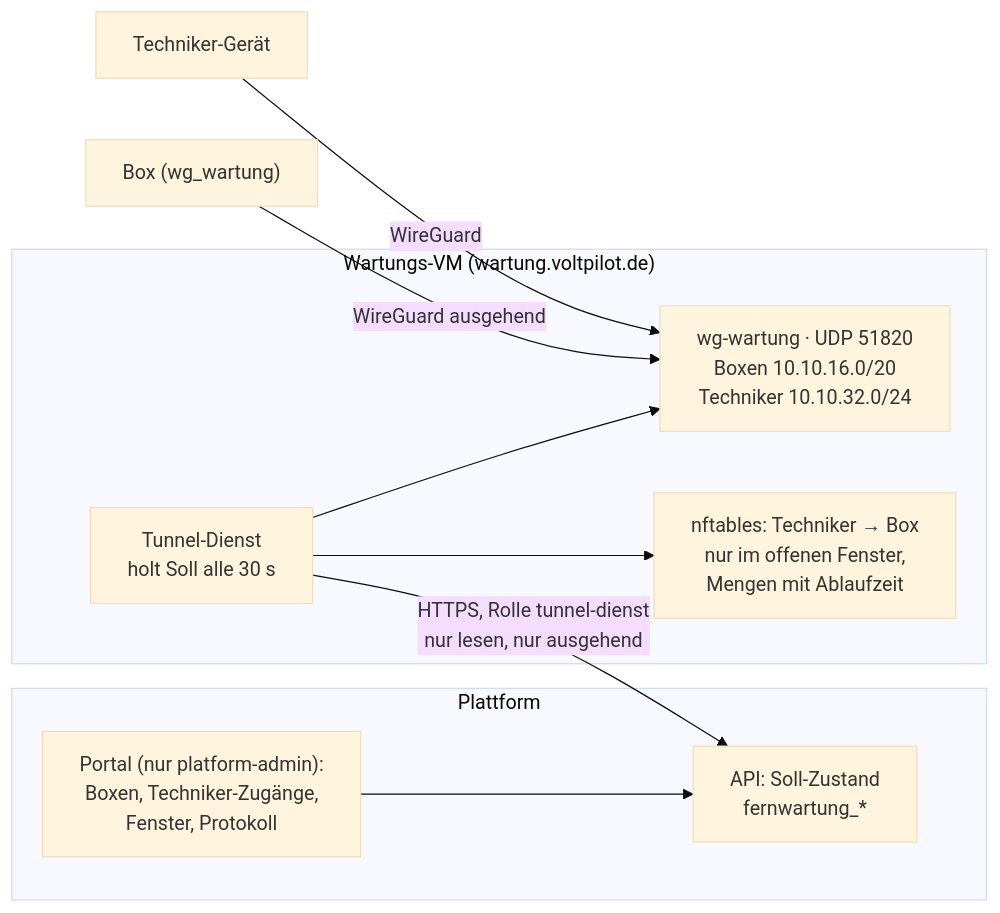
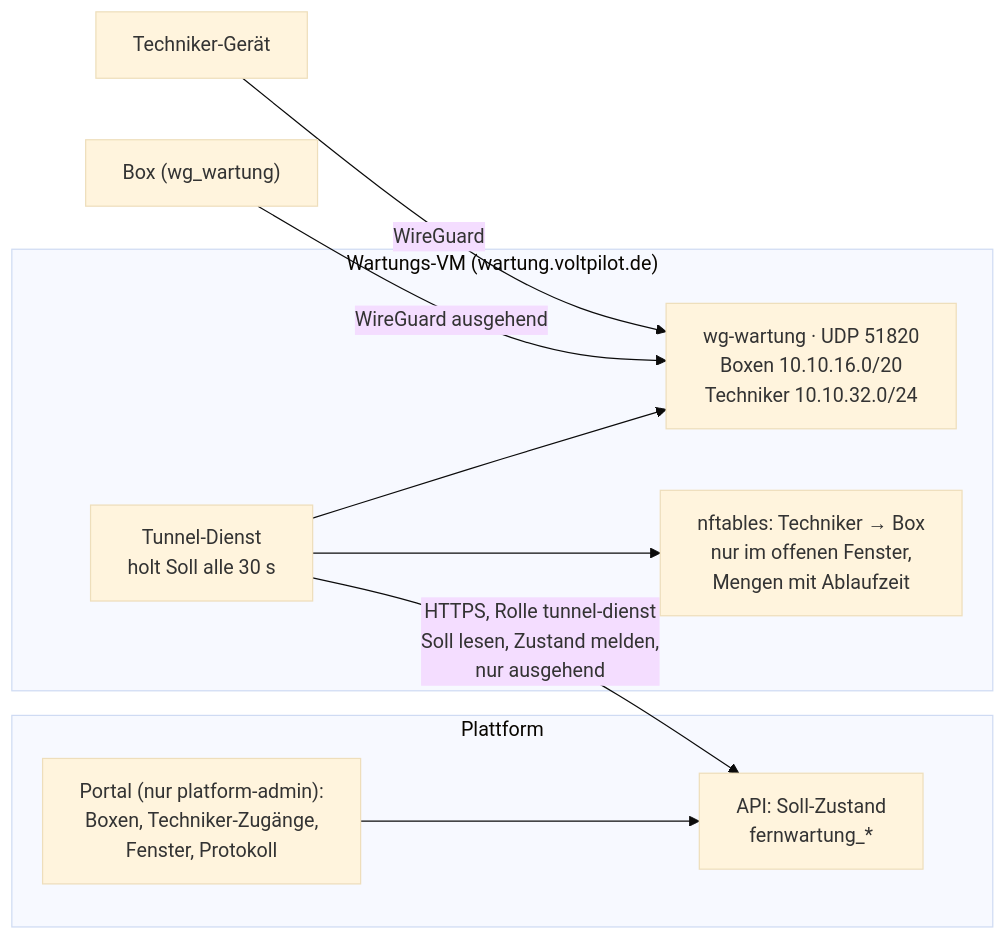
One commit to Rayleigh3105/voltpilot-ems changed the diagram in docs/fernwartung.md. Above: the diagram before and after it, drawn with Mermaid (base theme). The commit also changed other lines of this file and 48 other files, not shown here.

````diff
--- a/docs/fernwartung.md
+++ b/docs/fernwartung.md
@@ -11,16 +11,16 @@
 ```mermaid
 flowchart LR
     subgraph P["Plattform"]
         portal["Portal (nur platform-admin):<br/>Boxen, Techniker-Zugänge,<br/>Fenster, Protokoll"] --> api["API: Soll-Zustand<br/>fernwartung_*"]
     end
     subgraph V["Wartungs-VM (wartung.voltpilot.de)"]
         dienst["Tunnel-Dienst<br/>holt Soll alle 30 s"]
         wg["wg-wartung · UDP 51820<br/>Boxen 10.10.16.0/20<br/>Techniker 10.10.32.0/24"]
         nft["nftables: Techniker → Box<br/>nur im offenen Fenster,<br/>Mengen mit Ablaufzeit"]
         dienst --> wg
         dienst --> nft
     end
-    dienst -- "HTTPS, Rolle tunnel-dienst<br/>nur lesen, nur ausgehend" --> api
+    dienst -- "HTTPS, Rolle tunnel-dienst<br/>Soll lesen, Zustand melden,<br/>nur ausgehend" --> api
     box["Box (wg_wartung)"] -- "WireGuard ausgehend" --> wg
     tech["Techniker-Gerät"] -- "WireGuard" --> wg
 ```
````
